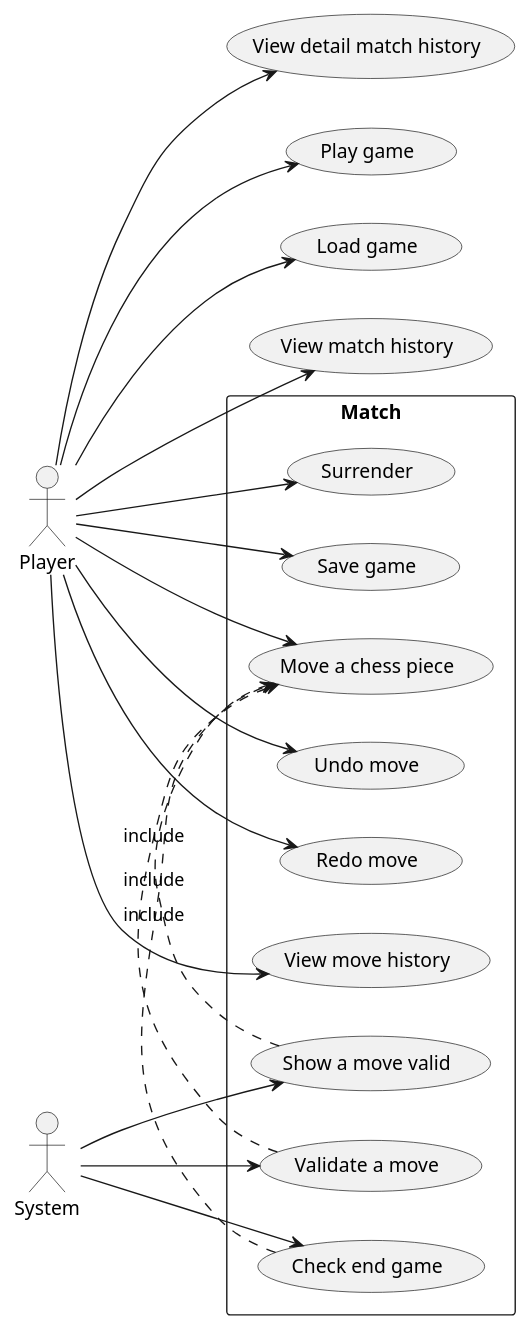
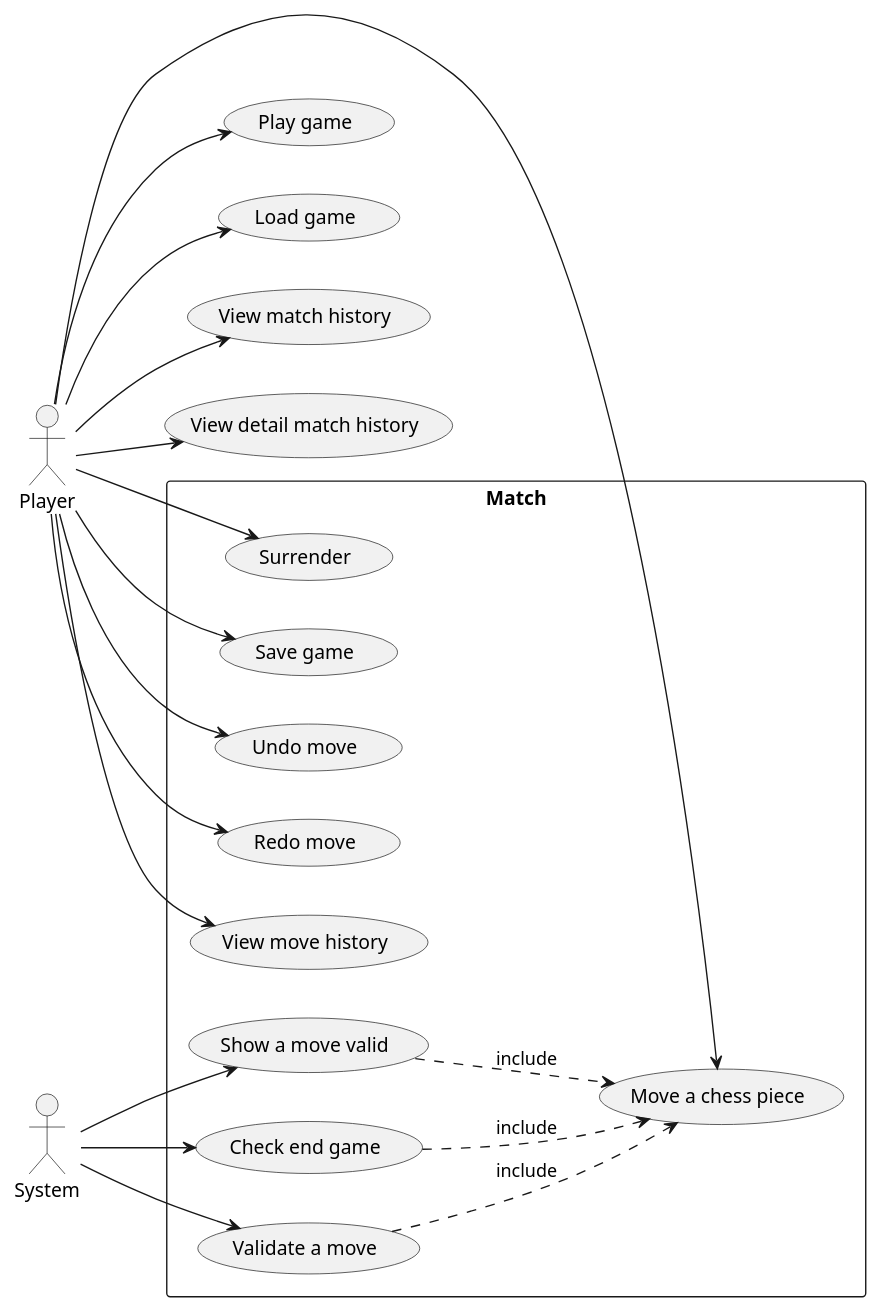
The diagram in use-case-diagram.puml (duyhq-zee1/chess-game), drawn with PlantUML before and after one commit.

Commit message:
fix: use case diagram arrows

```diff
--- a/use-case-diagram.puml
+++ b/use-case-diagram.puml
@@ -1,45 +1,45 @@
 @startuml "Use case"
 left to right direction
 
 actor Player
 
 actor System
 
 rectangle Match {
   
   usecase "Undo move" as undoMove
   usecase "Redo move" as redoMove
   usecase "View move history" as viewMoveHistory
   usecase "Check end game" as checkEndGame
   usecase "Validate a move" as validateAMove
   usecase "Show a move valid" as showAMoveValid
   usecase "Surrender" as surrender
   usecase "Save game" as saveGame
   usecase "Move a chess piece" as moveAChess
 
   Player --> undoMove
   Player --> redoMove
   Player --> viewMoveHistory
   System --> checkEndGame
   System --> validateAMove
   System --> showAMoveValid
   Player --> surrender
   Player --> saveGame
   Player --> moveAChess
   
-  (validateAMove) .> (moveAChess) : include
-  (checkEndGame) .> (moveAChess) : include
-  (showAMoveValid) .> (moveAChess) : include
+  (validateAMove) ..> (moveAChess) : include
+  (checkEndGame) ..> (moveAChess) : include
+  (showAMoveValid) ..> (moveAChess) : include
 }
 
 usecase "Play game" as playGame
 usecase "Load game" as loadGame
 usecase "View match history" as viewMatchHistory
 usecase "View detail match history" as viewDetailMatchHistory
 
 Player --> playGame
 Player --> loadGame
 Player --> viewMatchHistory
 Player --> viewDetailMatchHistory
 
 @enduml
```
